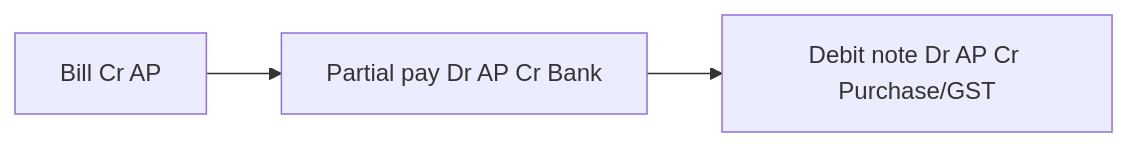
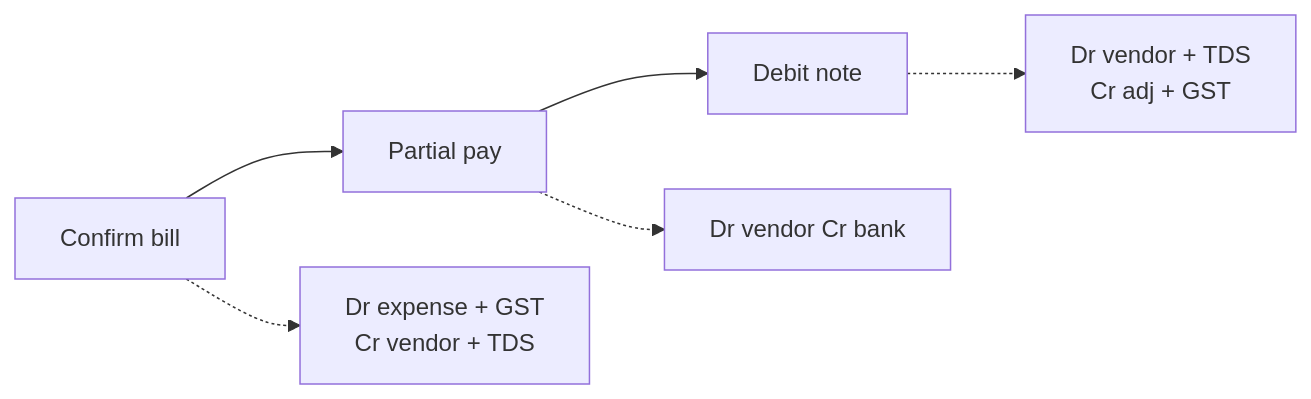
Diagram 18 of 23 in Specifications/Accounts_Final/Graphical_Testing_guide.md (Aurifex-Innovations/ERP_docs), drawn with Mermaid before and after one commit. The commit also changed other lines of this file, not shown here.

Commit message:
docs: add graphical testing guide for accounting scenarios, COA, and ledger linkage

````diff
--- a/Specifications/Accounts_Final/Graphical_Testing_guide.md
+++ b/Specifications/Accounts_Final/Graphical_Testing_guide.md
@@ -197,5 +588,8 @@
 ```mermaid
 flowchart LR
-  B[Bill Cr AP] --> P[Partial pay Dr AP Cr Bank]
-  P --> DN[Debit note Dr AP Cr Purchase/GST]
+  S1[Confirm bill] --> S2[Partial pay]
+  S2 --> S3[Debit note]
+  S1 -.-> GL1[Dr expense + GST<br/>Cr vendor + TDS]
+  S2 -.-> GL2[Dr vendor Cr bank]
+  S3 -.-> GL3[Dr vendor + TDS<br/>Cr adj + GST]
 ```
````
